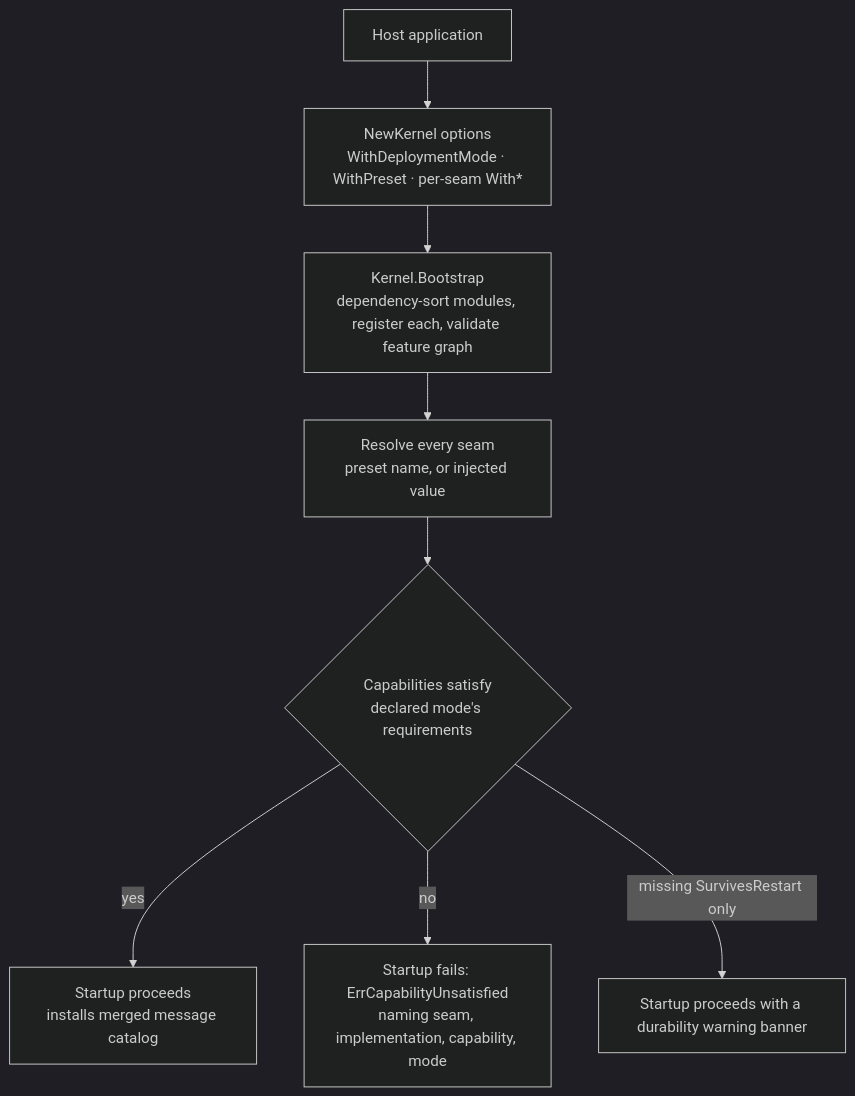
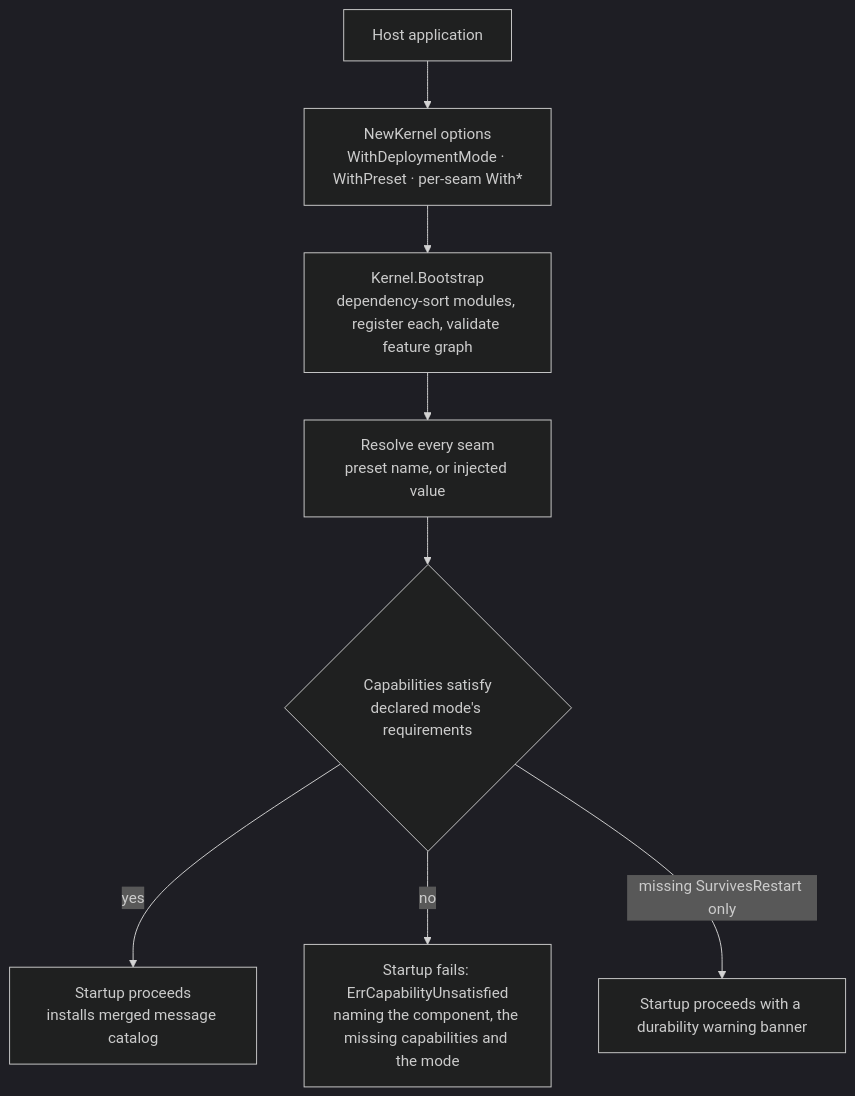
The diagram in docs/site/content.en/docs/developer-docs/modules/core/pkgcore.md (vislake/speed), drawn with Mermaid (dark theme) before and after one commit. The commit also changed other lines of this file and 49 other files, not shown here.

````diff
--- a/docs/site/content.en/docs/developer-docs/modules/core/pkgcore.md
+++ b/docs/site/content.en/docs/developer-docs/modules/core/pkgcore.md
@@ -120,10 +124,10 @@
 ```mermaid
 flowchart TD
     Host[Host application] --> Opts["NewKernel options<br/>WithDeploymentMode · WithPreset · per-seam With*"]
     Opts --> Boot[Kernel.Bootstrap<br/>dependency-sort modules, register each, validate feature graph]
     Boot --> Resolve["Resolve every seam<br/>preset name, or injected value"]
     Resolve --> Check{"Capabilities satisfy<br/>declared mode's requirements"}
     Check -->|yes| Run[Startup proceeds<br/>installs merged message catalog]
-    Check -->|no| Fail["Startup fails: ErrCapabilityUnsatisfied<br/>naming seam, implementation, capability, mode"]
+    Check -->|no| Fail["Startup fails: ErrCapabilityUnsatisfied<br/>naming the component, the missing capabilities and the mode"]
     Check -->|"missing SurvivesRestart only"| Banner[Startup proceeds with a durability warning banner]
 ```
````
